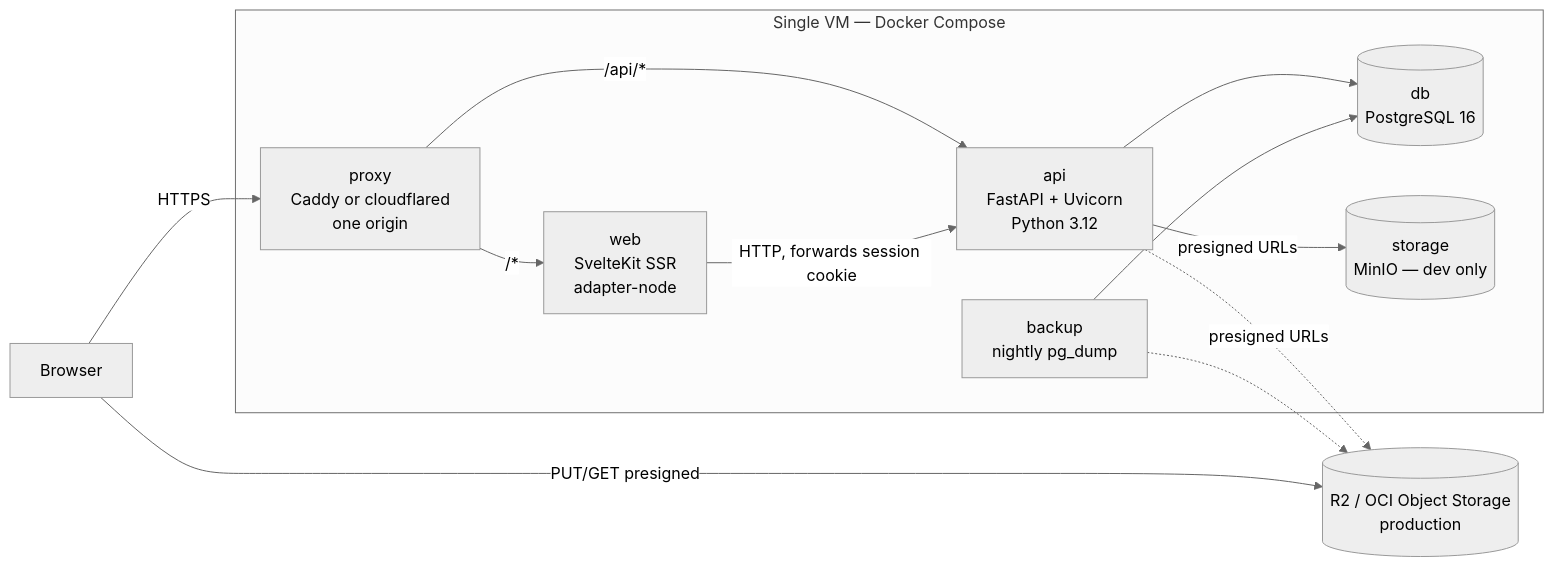
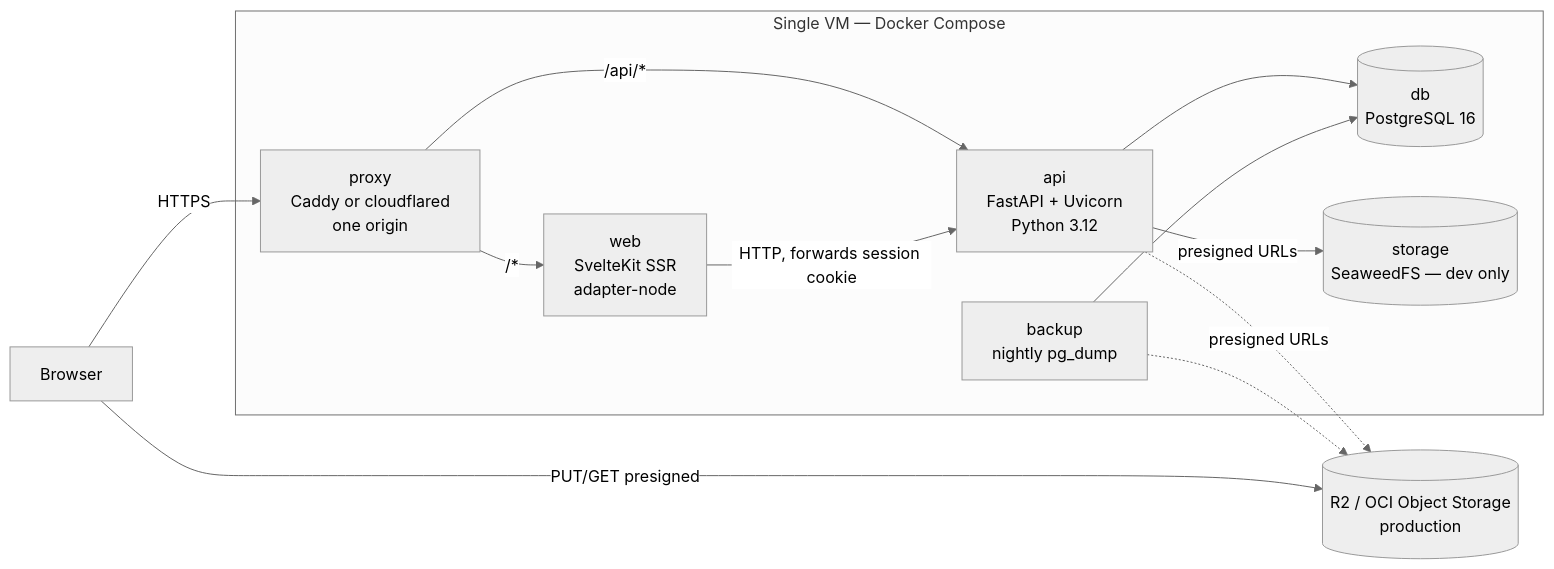
The second of 7 diagrams in docs/03-architecture.md (rad-therapy-apps/rtapps), drawn with Mermaid (neutral theme) before and after one commit. The commit also changed other lines of this file and 9 other files, not shown here.

First line of the commit message:
infra(dev): replace MinIO with SeaweedFS; LICENSE and README for going public (#101)

````diff
--- a/docs/03-architecture.md
+++ b/docs/03-architecture.md
@@ -65,24 +65,24 @@
 ```mermaid
 flowchart LR
   browser[Browser]
   subgraph vm[Single VM — Docker Compose]
     proxy[proxy<br/>Caddy or cloudflared<br/>one origin]
     web[web<br/>SvelteKit SSR<br/>adapter-node]
     api[api<br/>FastAPI + Uvicorn<br/>Python 3.12]
     db[(db<br/>PostgreSQL 16)]
-    minio[(storage<br/>MinIO — dev only)]
+    minio[(storage<br/>SeaweedFS — dev only)]
     backup[backup<br/>nightly pg_dump]
   end
   r2[(R2 / OCI Object Storage<br/>production)]
 
   browser -->|HTTPS| proxy
   proxy -->|/api/*| api
   proxy -->|/*| web
   web -->|HTTP, forwards session cookie| api
   api --> db
   api -->|presigned URLs| minio
   api -.->|presigned URLs| r2
   browser -->|PUT/GET presigned| r2
   backup --> db
   backup -.-> r2
 ```
````
